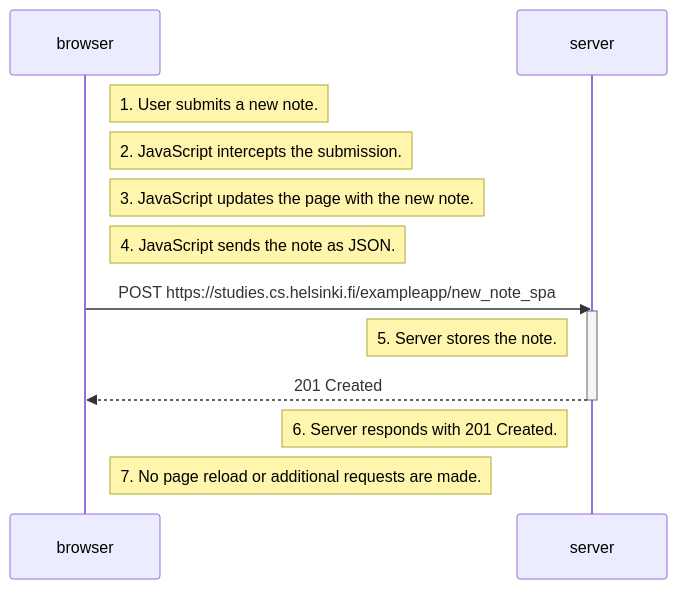
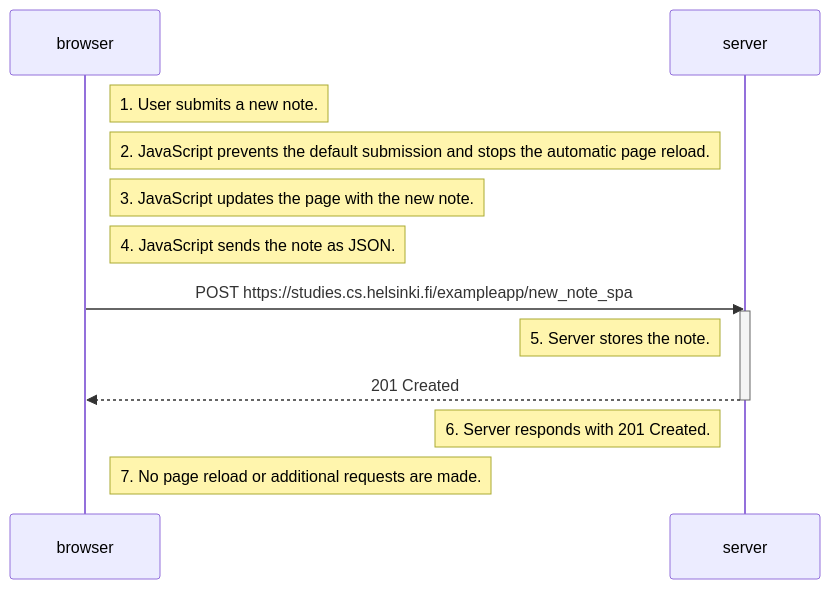
The diagram in osa0/0.6.md (DrFinger2/fullstackopen-2026), drawn with Mermaid before and after one commit.

````diff
--- a/osa0/0.6.md
+++ b/osa0/0.6.md
@@ -1,17 +1,17 @@
 ```mermaid
 sequenceDiagram
     participant browser
     participant server
 
     Note right of browser: 1. User submits a new note.
-    Note right of browser: 2. JavaScript intercepts the submission.
+    Note right of browser: 2. JavaScript prevents the default submission and stops the automatic page reload.
     Note right of browser: 3. JavaScript updates the page with the new note.
     Note right of browser: 4. JavaScript sends the note as JSON.
     browser->>server: POST https://studies.cs.helsinki.fi/exampleapp/new_note_spa
     activate server
     Note left of server: 5. Server stores the note.
     server-->>browser: 201 Created
     deactivate server
     Note left of server: 6. Server responds with 201 Created.
     Note right of browser: 7. No page reload or additional requests are made.
 ```
````
